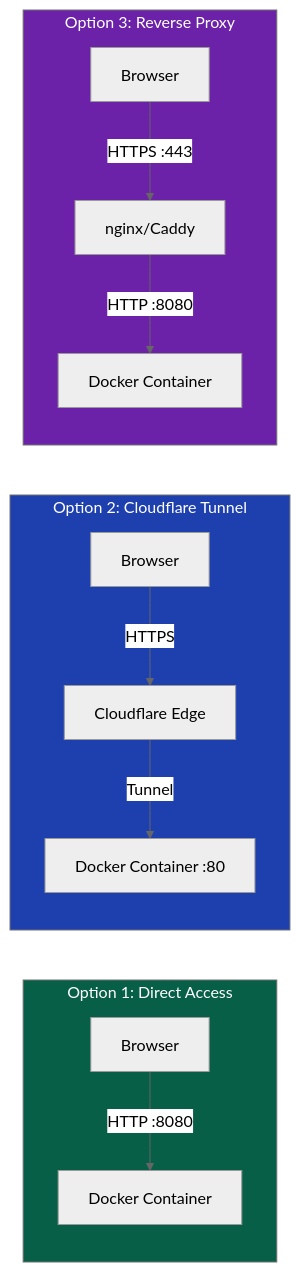
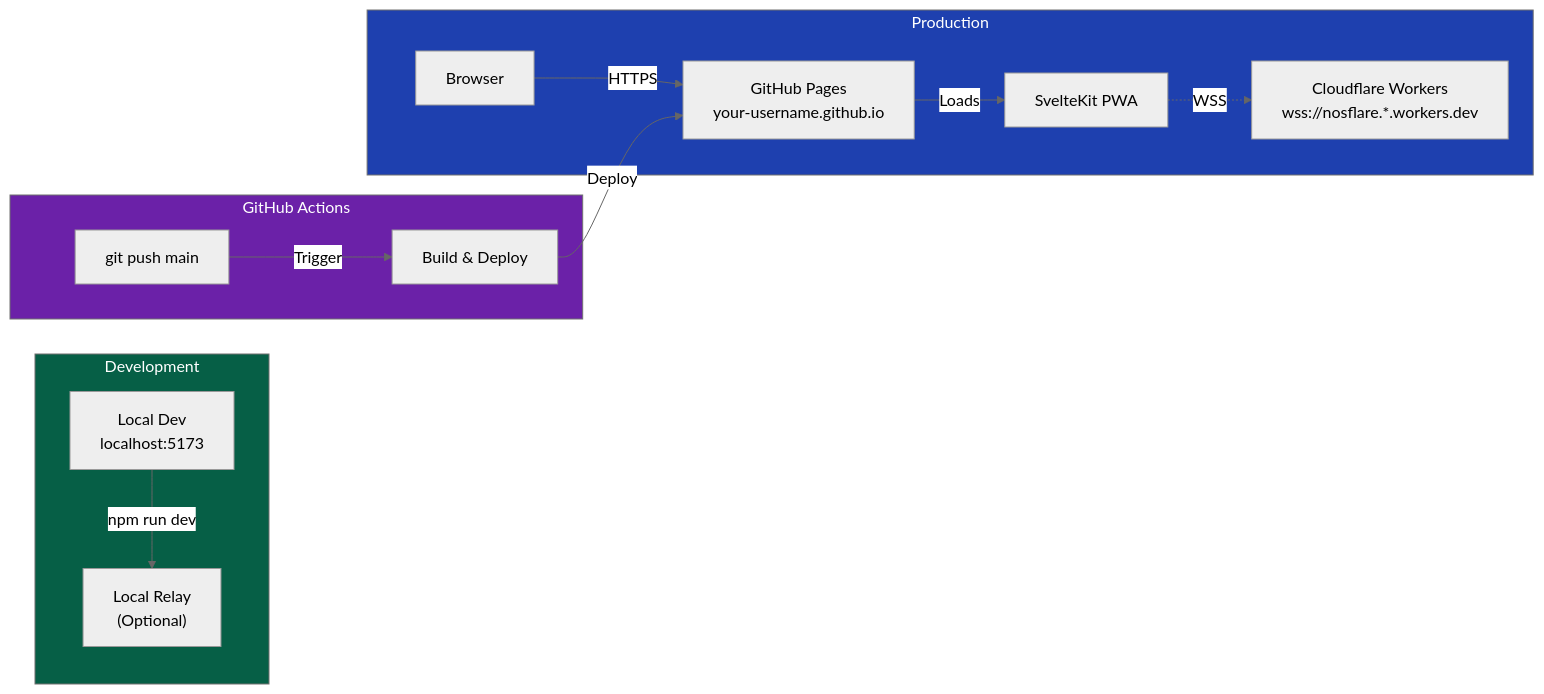
One commit to jjohare/minimoonoir changed the second of 9 diagrams in README.md. Above: the diagram before and after it, drawn with Mermaid (neutral theme). The commit also changed other lines of this file and 27 other files, not shown here.

First line of the commit message:
chore: deprecate Docker architecture, update docs for serverless

````diff
--- a/README.md
+++ b/README.md
@@ -101,20 +125,21 @@
 ```mermaid
 graph LR
-    subgraph Option1["Option 1: Direct Access"]
-        Browser1["Browser"] -->|HTTP :8080| Docker1["Docker Container"]
+    subgraph Development["Development"]
+        Dev["Local Dev<br/>localhost:5173"] -->|npm run dev| DevRelay["Local Relay<br/>(Optional)"]
     end
 
-    subgraph Option2["Option 2: Cloudflare Tunnel"]
-        Browser2["Browser"] -->|HTTPS| CF["Cloudflare Edge"]
-        CF -->|Tunnel| Docker2["Docker Container :80"]
+    subgraph Production["Production"]
+        Browser["Browser"] -->|HTTPS| GHP["GitHub Pages<br/>your-username.github.io"]
+        GHP -->|Loads| PWA["SvelteKit PWA"]
+        PWA -.->|WSS| CFWorker["Cloudflare Workers<br/>wss://nosflare.*.workers.dev"]
     end
 
-    subgraph Option3["Option 3: Reverse Proxy"]
-        Browser3["Browser"] -->|HTTPS :443| Proxy["nginx/Caddy"]
-        Proxy -->|HTTP :8080| Docker3["Docker Container"]
+    subgraph CI/CD["GitHub Actions"]
+        Push["git push main"] -->|Trigger| Workflow["Build & Deploy"]
+        Workflow -->|Deploy| GHP
     end
 
-    style Option1 fill:#065f46,color:#fff
-    style Option2 fill:#1e40af,color:#fff
-    style Option3 fill:#6b21a8,color:#fff
+    style Development fill:#065f46,color:#fff
+    style Production fill:#1e40af,color:#fff
+    style CI/CD fill:#6b21a8,color:#fff
 ```
````
